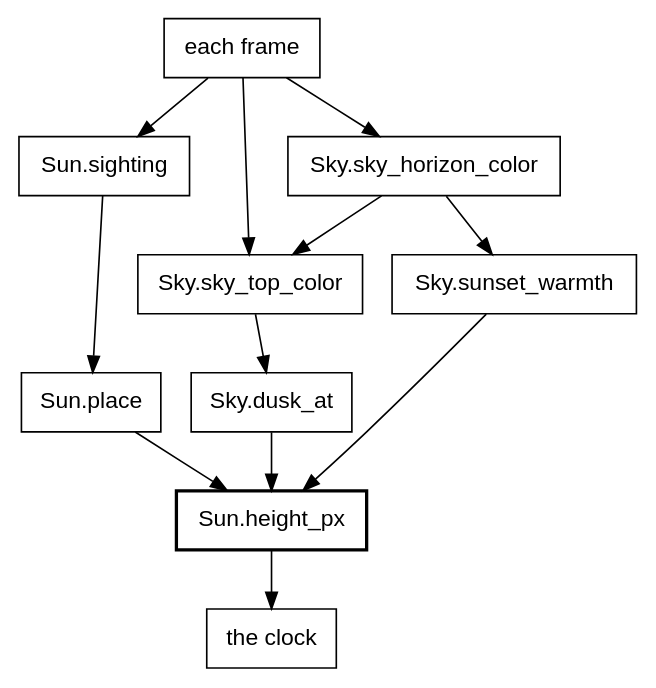
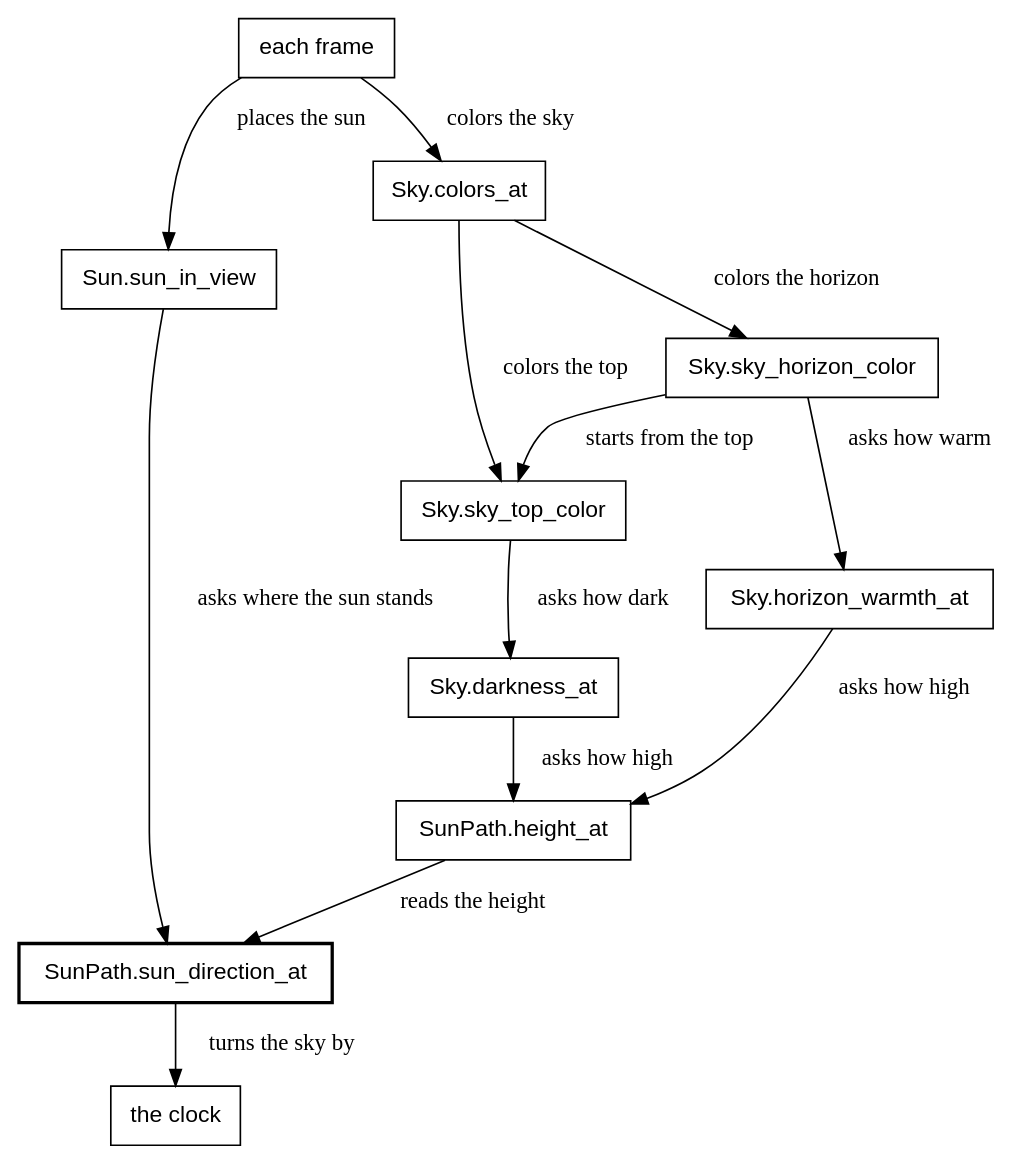
Before and after one commit to showell/roc-apps: diagram 14 of 30 in canvas_apps/safari/tutorial/tutorial.md, drawn with Graphviz. The commit also changed other lines of this file and 1 other file, not shown here.

````diff
--- a/canvas_apps/safari/tutorial/tutorial.md
+++ b/canvas_apps/safari/tutorial/tutorial.md
@@ -1483,19 +1483,20 @@
 ```dot
 digraph sunset {
   node [shape=box, fontname="Helvetica"];
   frame [label="each frame"];
-  frame -> "Sun.sighting";
-  frame -> "Sky.sky_top_color";
-  frame -> "Sky.sky_horizon_color";
-  "Sun.sighting" -> "Sun.place";
-  "Sky.sky_top_color" -> "Sky.dusk_at";
-  "Sky.sky_horizon_color" -> "Sky.sky_top_color";
-  "Sky.sky_horizon_color" -> "Sky.sunset_warmth";
-  "Sun.place" -> "Sun.height_px";
-  "Sky.dusk_at" -> "Sun.height_px";
-  "Sky.sunset_warmth" -> "Sun.height_px";
-  "Sun.height_px" [style=bold];
+  frame -> "Sun.sun_in_view" [label="  places the sun"];
+  frame -> "Sky.colors_at" [label="  colors the sky"];
+  "Sky.colors_at" -> "Sky.sky_top_color" [label="  colors the top"];
+  "Sky.colors_at" -> "Sky.sky_horizon_color" [label="  colors the horizon"];
+  "Sky.sky_top_color" -> "Sky.darkness_at" [label="  asks how dark"];
+  "Sky.sky_horizon_color" -> "Sky.sky_top_color" [label="  starts from the top"];
+  "Sky.sky_horizon_color" -> "Sky.horizon_warmth_at" [label="  asks how warm"];
+  "Sun.sun_in_view" -> "SunPath.sun_direction_at" [label="  asks where the sun stands"];
+  "Sky.darkness_at" -> "SunPath.height_at" [label="  asks how high"];
+  "Sky.horizon_warmth_at" -> "SunPath.height_at" [label="  asks how high"];
+  "SunPath.height_at" -> "SunPath.sun_direction_at" [label="  reads the height"];
+  "SunPath.sun_direction_at" [style=bold];
   clock [label="the clock"];
-  "Sun.height_px" -> clock;
+  "SunPath.sun_direction_at" -> clock [label="  turns the sky by"];
 }
 ```
````
